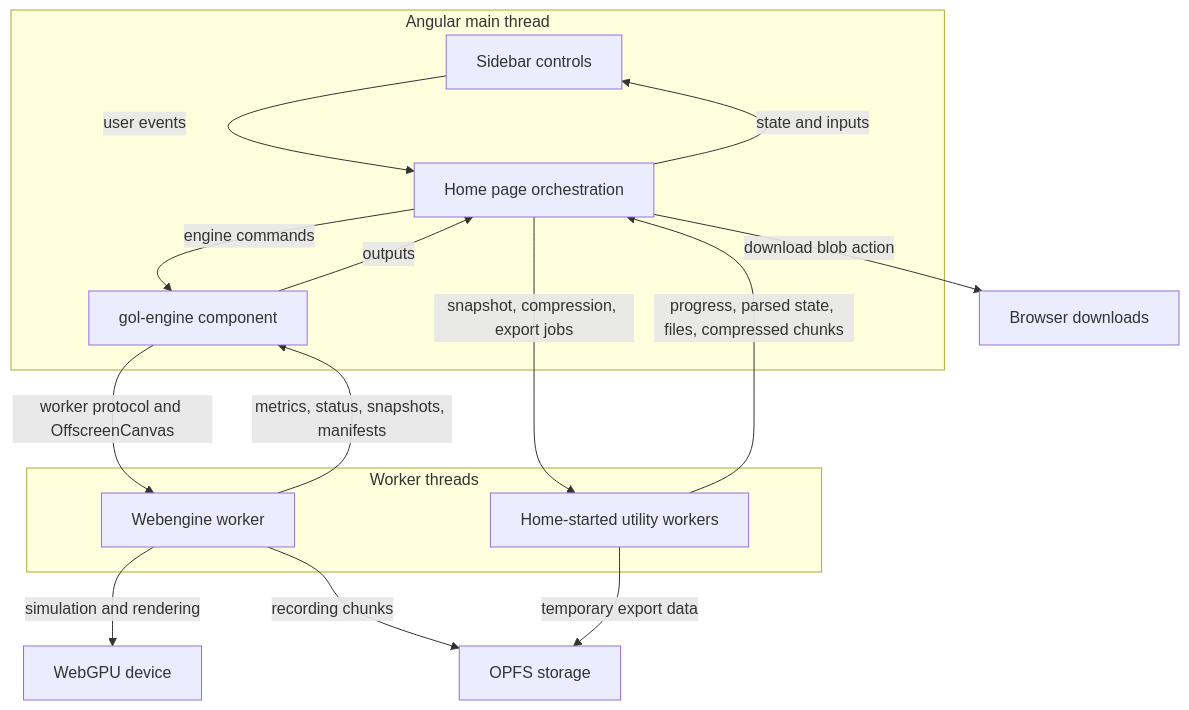
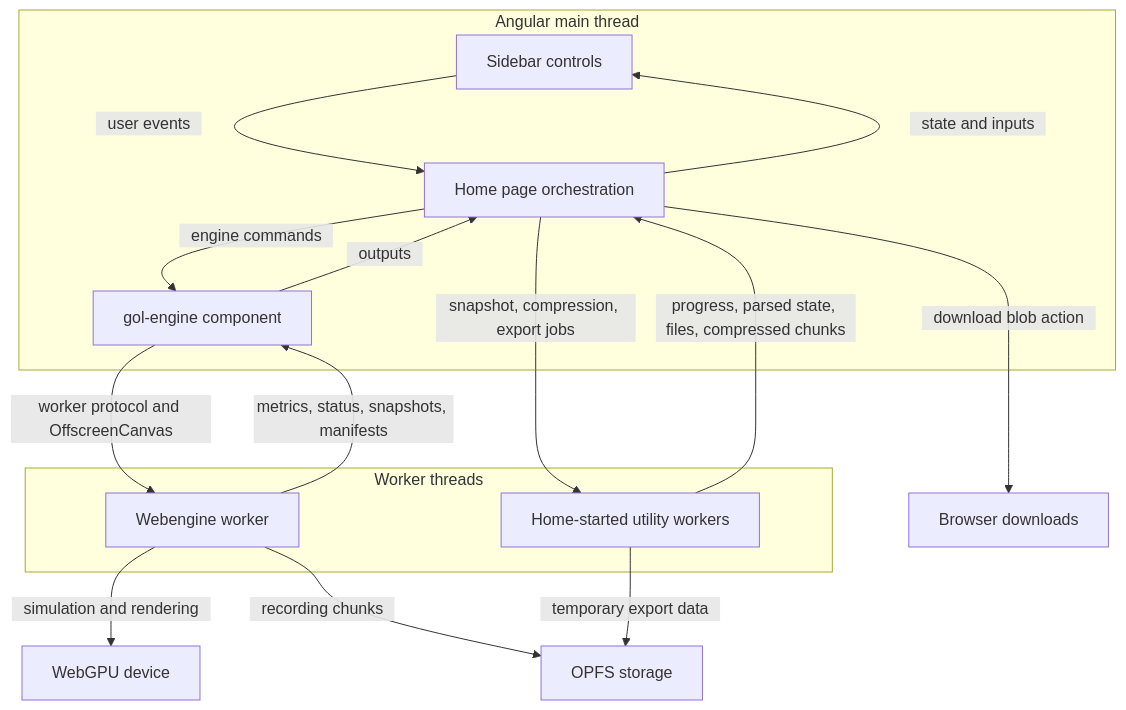
One commit to rChimisso/game-of-life-tribes changed the diagram in readme/technical-architecture.mmd. Above: the diagram before and after it, drawn with Mermaid. The commit also changed 82 other files, not shown here.

```diff
--- a/readme/technical-architecture.mmd
+++ b/readme/technical-architecture.mmd
@@ -1,28 +1,32 @@
 flowchart TD
   subgraph MainThread[Angular main thread]
     Sidebar[Sidebar controls]
     Home[Home page orchestration]
     Engine[gol-engine component]
   end
 
   subgraph WorkerThreads[Worker threads]
     Webengine[Webengine worker]
     Utility[Home-started utility workers]
   end
 
   GPU[WebGPU device]
   OPFS[OPFS storage]
   Files[Browser downloads]
 
-  Sidebar -->|user events| Home
-  Home -->|state and inputs| Sidebar
-  Home -->|engine commands| Engine
+  Sidebar -->|⠀user events⠀| Home
+  Home -->|⠀state and inputs⠀| Sidebar
+  Home -->|⠀engine commands⠀| Engine
   Engine -->|worker protocol and OffscreenCanvas| Webengine
   Webengine -->|metrics, status, snapshots, manifests| Engine
-  Engine -->|outputs| Home
-  Webengine -->|simulation and rendering| GPU
-  Webengine -->|recording chunks| OPFS
+  Engine -->|⠀outputs⠀| Home
+
+  Webengine -->|⠀simulation and rendering⠀| GPU
+  Webengine -->|⠀recording chunks⠀| OPFS
+
   Home -->|snapshot, compression, export jobs| Utility
   Utility -->|progress, parsed state, files, compressed chunks| Home
-  Utility -->|temporary export data| OPFS
-  Home -->|download blob action| Files
+  Utility -->|⠀temporary export data⠀| OPFS
+
+  Home -->|⠀download blob action⠀| Files
+  Files ~~~ OPFS
```
